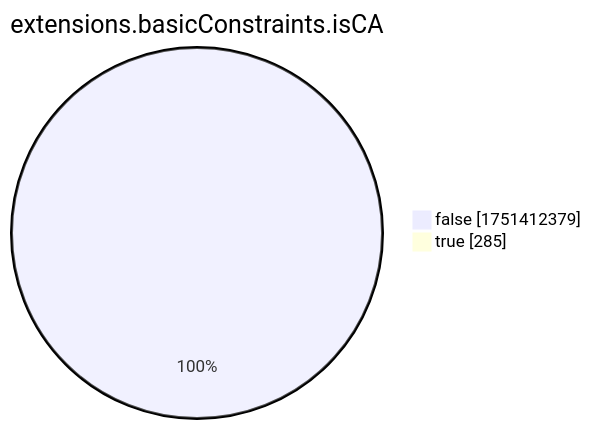
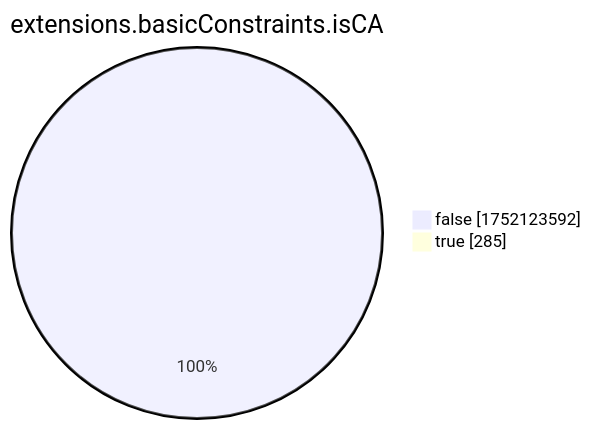
The eighth of 15 diagrams in xenon2022/README.md (christiankrug/ctmonitor_visualization), drawn with Mermaid before and after one commit. The commit also changed other lines of this file, not shown here.

````diff
--- a/xenon2022/README.md
+++ b/xenon2022/README.md
@@ -2867,6 +2867,6 @@
 ```mermaid
 pie showData
 title extensions.basicConstraints.isCA
-"false" :1751412379
+"false" :1752123592
 "true" :285
 ```
````
